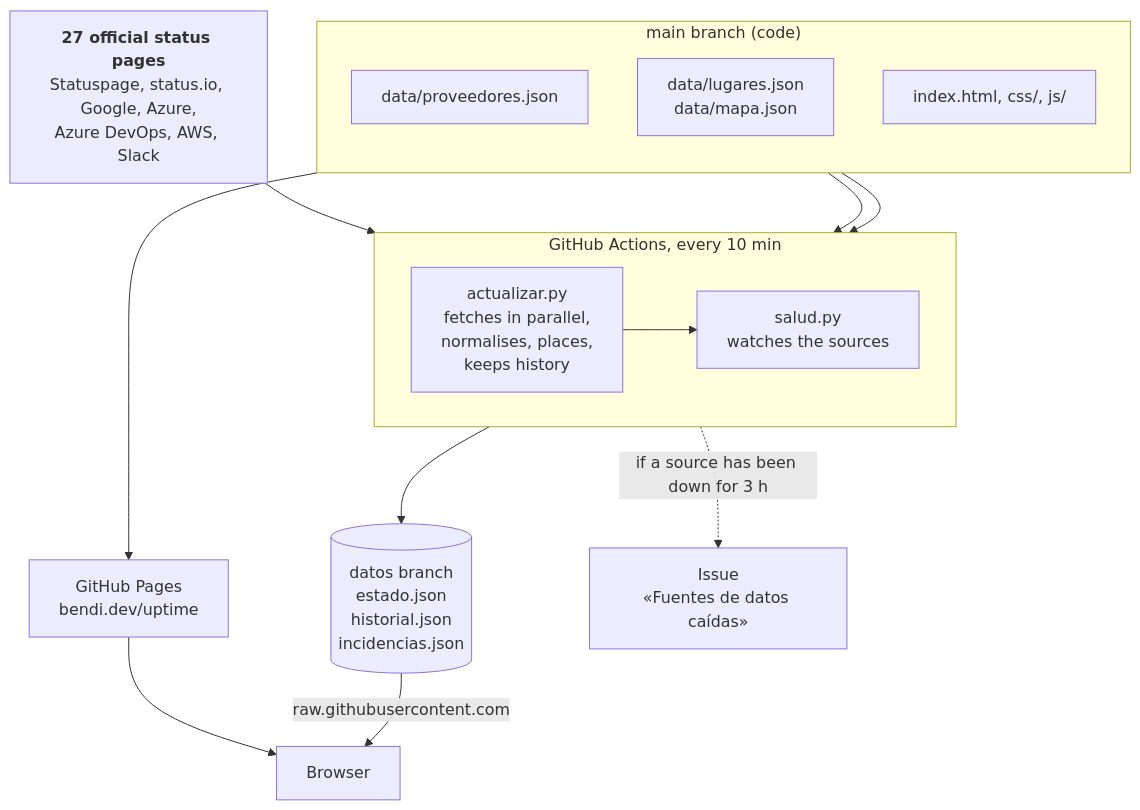
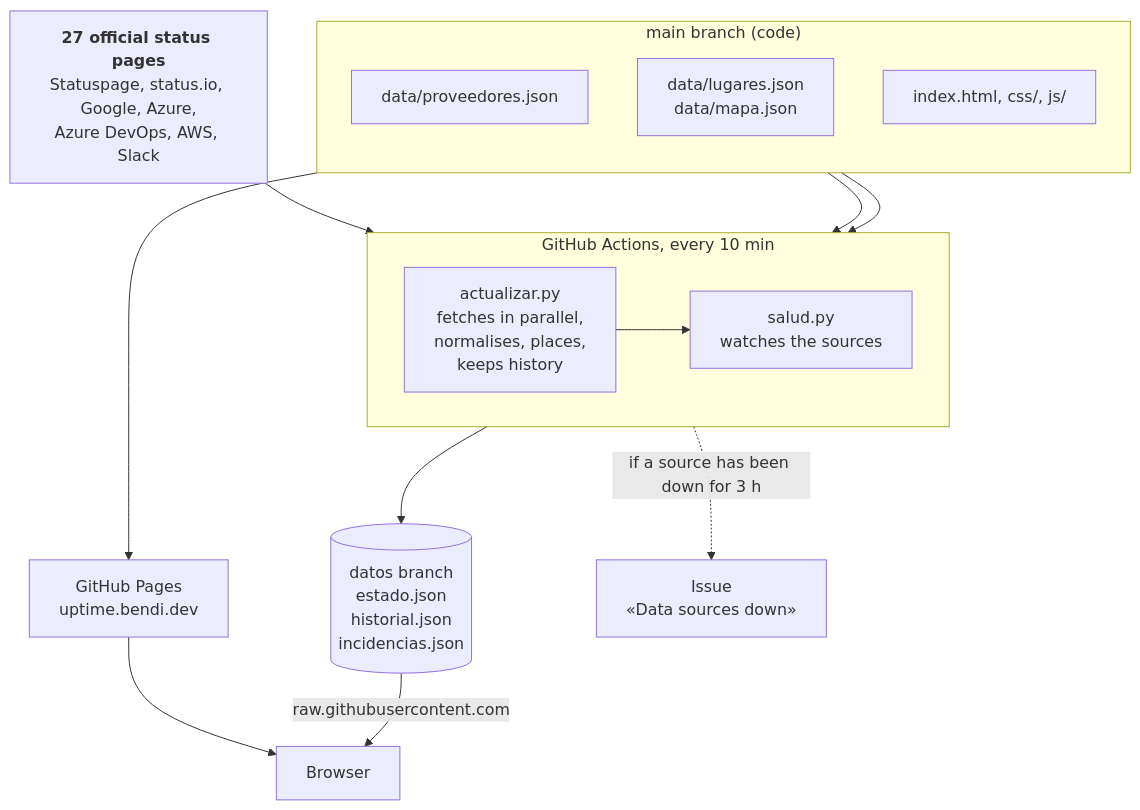
One commit to serbenda/uptime changed the second of 5 diagrams in README.md. Above: the diagram before and after it, drawn with Mermaid. The commit also changed other lines of this file and 11 other files, not shown here.

First line of the commit message:
Actions in English, uptime.bendi.dev domain and the logo on the site

````diff
--- a/README.md
+++ b/README.md
@@ -576,32 +578,32 @@
 ```mermaid
 flowchart TB
   Fuentes["<b>27 official status pages</b><br/>Statuspage, status.io, Google, Azure,<br/>Azure DevOps, AWS, Slack"]
 
   subgraph Actions["GitHub Actions, every 10 min"]
     direction LR
     A1["actualizar.py<br/>fetches in parallel,<br/>normalises, places,<br/>keeps history"]
     A2["salud.py<br/>watches the sources"]
     A1 --> A2
   end
 
   subgraph Main["main branch (code)"]
     direction TB
     Conf["data/proveedores.json"]
     Geo["data/lugares.json<br/>data/mapa.json"]
     Web["index.html, css/, js/"]
   end
 
   Datos[("datos branch<br/>estado.json<br/>historial.json<br/>incidencias.json")]
-  Pages["GitHub Pages<br/>bendi.dev/uptime"]
-  Issue["Issue<br/>«Fuentes de datos caídas»"]
+  Pages["GitHub Pages<br/>uptime.bendi.dev"]
+  Issue["Issue<br/>«Data sources down»"]
   Nav["Browser"]
 
   Fuentes --> A1
   Conf --> A1
   Geo --> A1
   A1 --> Datos
   A2 -. if a source has been down for 3 h .-> Issue
   Main --> Pages
   Pages --> Nav
   Datos -- raw.githubusercontent.com --> Nav
 ```
````
